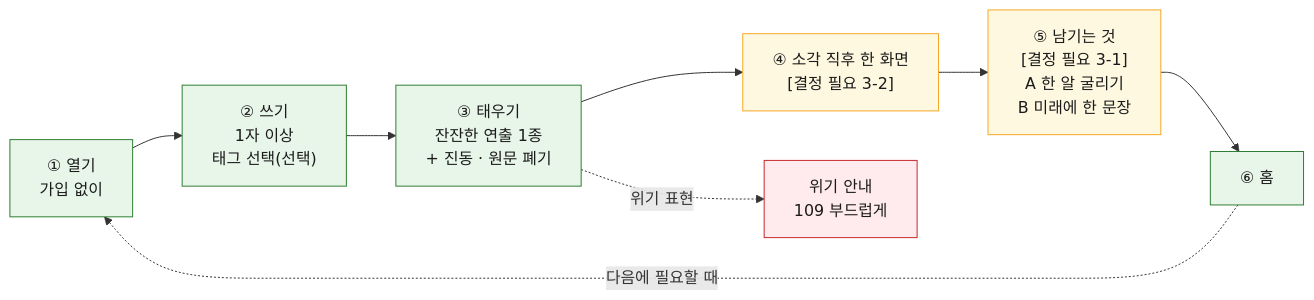
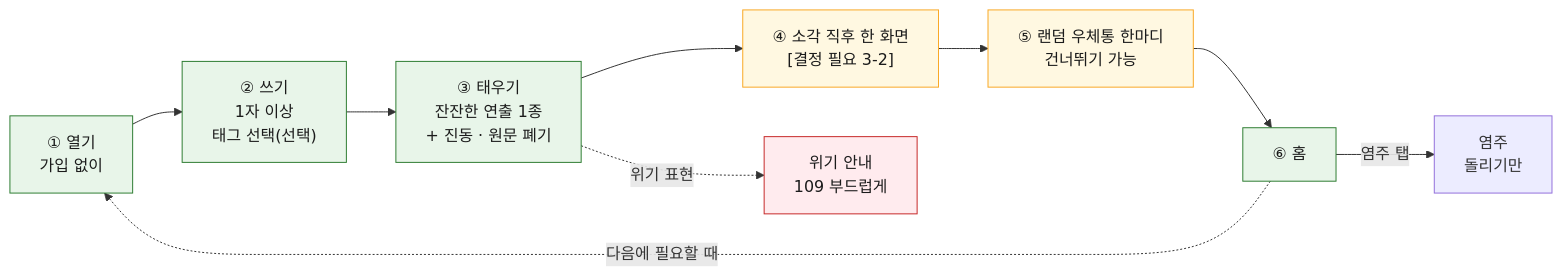
The second of 2 diagrams in Research/outputs/planning-synthesis.md (SSU-Generative-AI-4-team/project), drawn with Mermaid before and after one commit. The commit also changed other lines of this file, not shown here.

First line of the commit message:
기획 종합에 주석 결정 반영: 염주 별도 탭(돌리기만), 소각 뒤 랜덤 우체통(건너뛰기 가능)

````diff
--- a/Research/outputs/planning-synthesis.md
+++ b/Research/outputs/planning-synthesis.md
@@ -195,16 +220,17 @@
 ```mermaid
 flowchart LR
   open["① 열기<br/>가입 없이"] --> write["② 쓰기<br/>1자 이상<br/>태그 선택(선택)"]
   write --> burn["③ 태우기<br/>잔잔한 연출 1종<br/>+ 진동 · 원문 폐기"]
   burn --> slot["④ 소각 직후 한 화면<br/>[결정 필요 3-2]"]
-  slot --> keep["⑤ 남기는 것<br/>[결정 필요 3-1]<br/>A 한 알 굴리기<br/>B 미래에 한 문장"]
+  slot --> keep["⑤ 랜덤 우체통 한마디<br/>건너뛰기 가능"]
   keep --> home["⑥ 홈"]
+  home -->|"염주 탭"| beads["염주<br/>돌리기만"]
   home -.->|"다음에 필요할 때"| open
   burn -.->|"위기 표현"| crisis["위기 안내<br/>109 부드럽게"]
   classDef fixed fill:#e8f5e9,stroke:#2e7d32,color:#1b1b1b
   classDef open2 fill:#fff8e1,stroke:#f9a825,color:#1b1b1b
   classDef safe fill:#ffebee,stroke:#c62828,color:#1b1b1b
   class open,write,burn,home fixed
   class slot,keep open2
   class crisis safe
 ```
````
